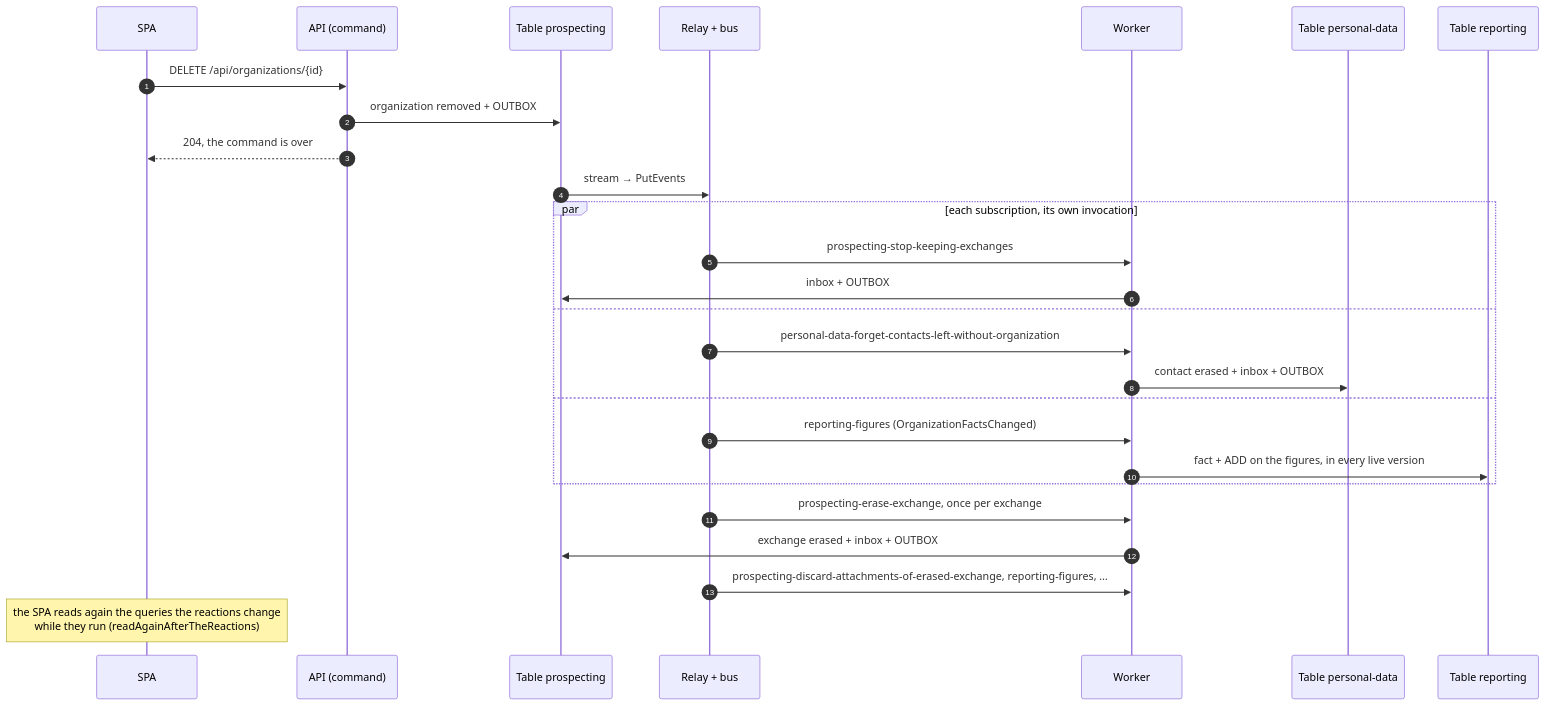
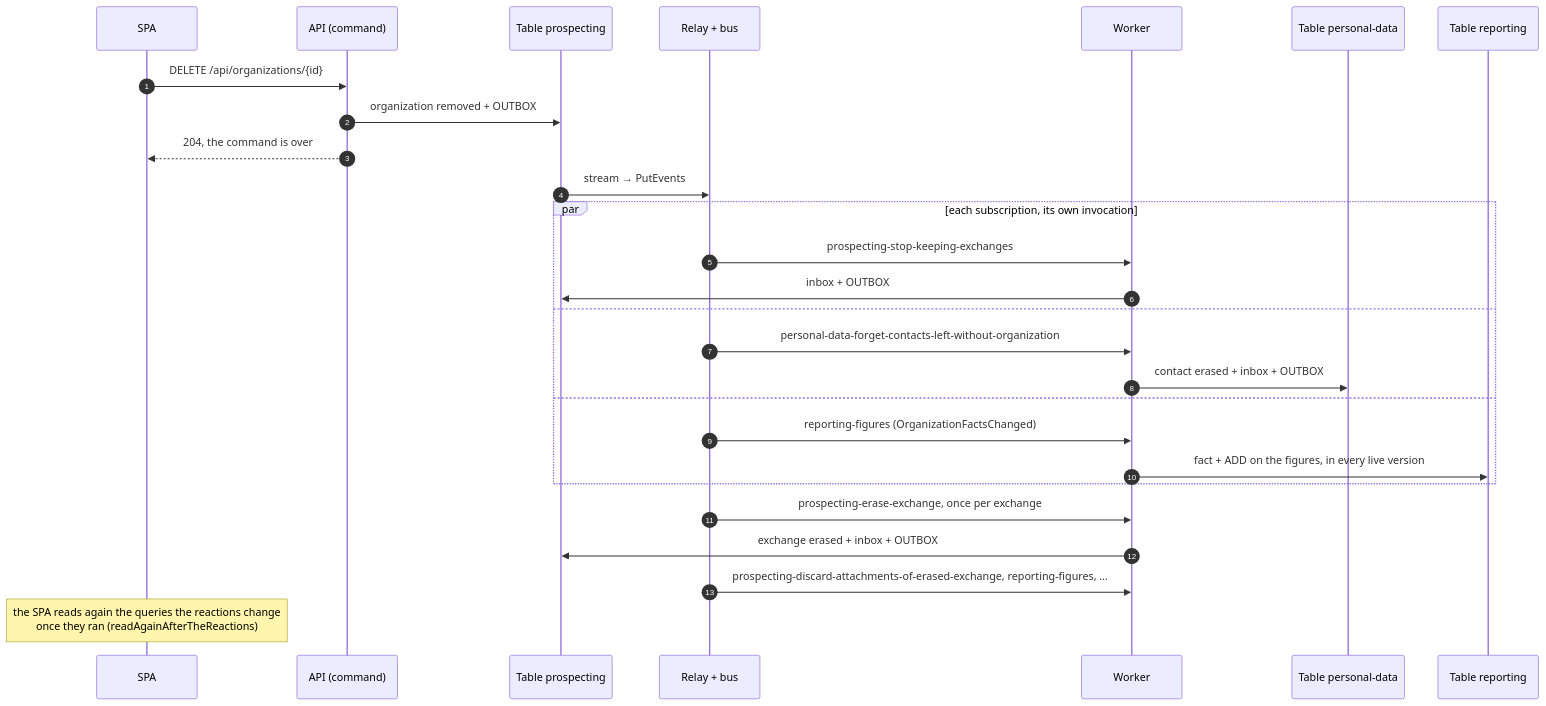
One commit to SO-LEAN/prospecterapp changed the second of 3 diagrams in docs/architecture/messaging.md. Above: the diagram before and after it, drawn with Mermaid. The commit also changed other lines of this file and 4 other files, not shown here.

First line of the commit message:
feat: a gesture reads what it changes once now and once after the reactions

````diff
--- a/docs/architecture/messaging.md
+++ b/docs/architecture/messaging.md
@@ -54,30 +54,30 @@
 ```mermaid
 sequenceDiagram
   autonumber
   participant SPA
   participant API as API (command)
   participant P as Table prospecting
   participant R as Relay + bus
   participant W as Worker
   participant PD as Table personal-data
   participant RP as Table reporting
 
   SPA->>API: DELETE /api/organizations/{id}
   API->>P: organization removed + OUTBOX# (depth 0):<br/>ProspectingStopped (.internal), ContactsLeftWithoutOrganization,<br/>OrganizationFactsChanged (terminal)
   API-->>SPA: 204, the command is over
   P->>R: stream → PutEvents
   par each subscription, its own invocation
     R->>W: prospecting-stop-keeping-exchanges
     W->>P: inbox + OUTBOX# (depth 1): an ExchangeLeftWithoutOrganization per exchange
   and
     R->>W: personal-data-forget-contacts-left-without-organization
     W->>PD: contact erased + inbox + OUTBOX# (depth 1): ContactForgotten, ContactFactsChanged
   and
     R->>W: reporting-figures (OrganizationFactsChanged)
     W->>RP: fact + ADD on the figures, in every live version
   end
   R->>W: prospecting-erase-exchange, once per exchange
   W->>P: exchange erased + inbox + OUTBOX# (depth 2): ExchangeErased, ExchangeFactsChanged
   R->>W: prospecting-discard-attachments-of-erased-exchange, reporting-figures, …
-  Note over SPA: the SPA reads again the queries the reactions change<br/>while they run (readAgainAfterTheReactions)
+  Note over SPA: the SPA reads again the queries the reactions change<br/>once they ran (readAgainAfterTheReactions)
 ```
````
